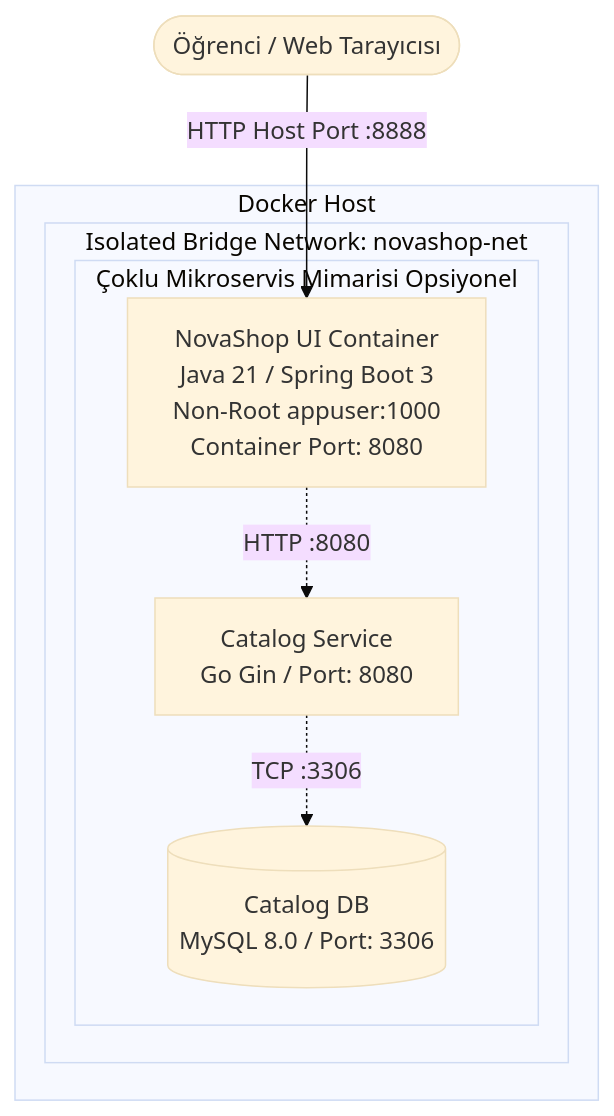
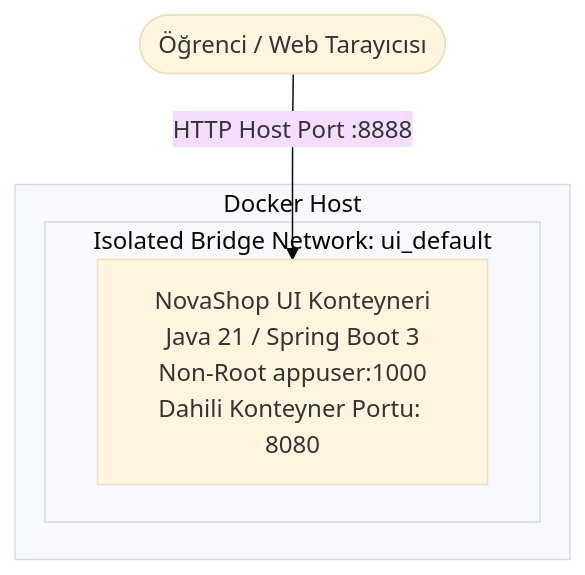
The diagram in labs/LAB-03/README.md (devopsatolyesi-labs/novashop), drawn with Mermaid (base theme) before and after one commit. The commit also changed other lines of this file, not shown here.

Commit message:
refactor(lab-03): simplify lab-03 for students by removing overlay, multi-root compose, scripts, and troubleshooting

````diff
--- a/labs/LAB-03/README.md
+++ b/labs/LAB-03/README.md
@@ -34,17 +32,10 @@
 ```mermaid
 graph TD
-    Developer([Öğrenci / Web Tarayıcısı]) -->|HTTP Host Port :8888| UI_Container[NovaShop UI Container<br/>Java 21 / Spring Boot 3<br/>Non-Root appuser:1000<br/>Container Port: 8080]
+    Developer([Öğrenci / Web Tarayıcısı]) -->|HTTP Host Port :8888| UI_Container[NovaShop UI Konteyneri<br/>Java 21 / Spring Boot 3<br/>Non-Root appuser:1000<br/>Dahili Konteyner Portu: 8080]
 
     subgraph Docker Host
-        subgraph Isolated Bridge Network: novashop-net
+        subgraph Isolated Bridge Network: ui_default
             UI_Container
-            
-            subgraph Çoklu Mikroservis Mimarisi Opsiyonel
-                Catalog_Container[Catalog Service<br/>Go Gin / Port: 8080]
-                Catalog_DB[(Catalog DB<br/>MySQL 8.0 / Port: 3306)]
-                UI_Container -.->|HTTP :8080| Catalog_Container
-                Catalog_Container -.->|TCP :3306| Catalog_DB
-            end
         end
     end
 ```
````
